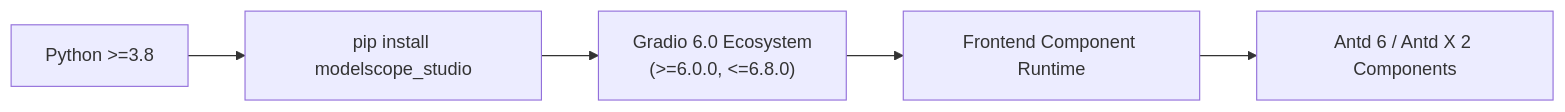
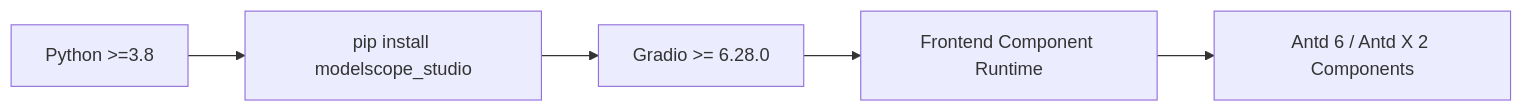
The sixth of 6 diagrams in .wiki/en/Quick Start.md (modelscope/modelscope-studio), drawn with Mermaid before and after one commit. The commit also changed other lines of this file and 13 other files, not shown here.

````diff
--- a/.wiki/en/Quick Start.md
+++ b/.wiki/en/Quick Start.md
@@ -271,7 +271,7 @@
 ```mermaid
 graph LR
 PyVer["Python >=3.8"] --> Install["pip install modelscope_studio"]
-Install --> Gradio["Gradio 6.0 Ecosystem<br/>(>=6.0.0, <=6.8.0)"]
+Install --> Gradio["Gradio >= 6.28.0"]
 Gradio --> Front["Frontend Component Runtime"]
 Front --> Antd["Antd 6 / Antd X 2 Components"]
 ```
````
